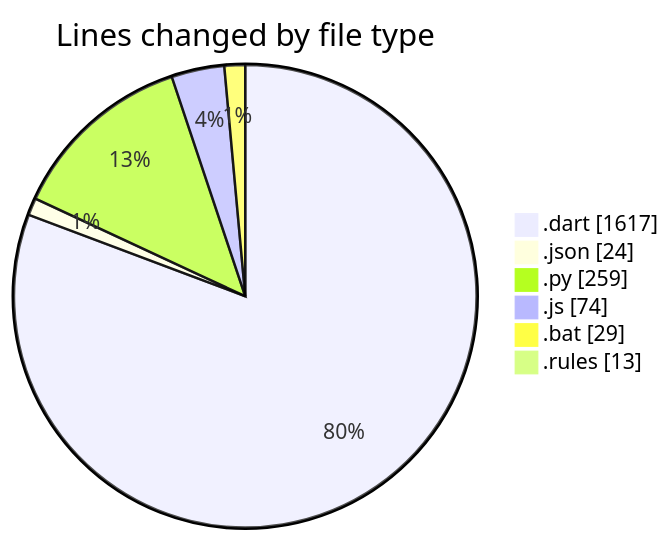
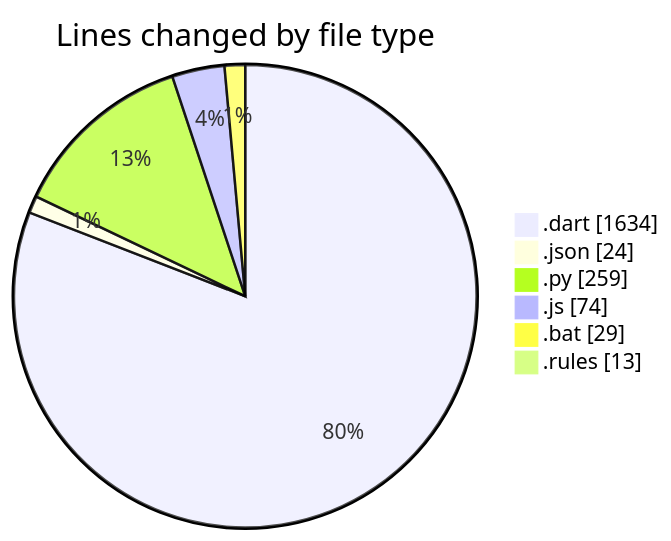
The first of 2 diagrams in 2025-08-04/studybuddy/README.md (lephambinh05/code-tracking), drawn with Mermaid before and after one commit. The commit also changed other lines of this file and 1 other file, not shown here.

````diff
--- a/2025-08-04/studybuddy/README.md
+++ b/2025-08-04/studybuddy/README.md
@@ -42,10 +42,10 @@
 ```mermaid
 pie showData
 title Lines changed by file type
-".dart" : 1617
+".dart" : 1634
 ".json" : 24
 ".py" : 259
 ".js" : 74
 ".bat" : 29
 ".rules" : 13
 ```
````
